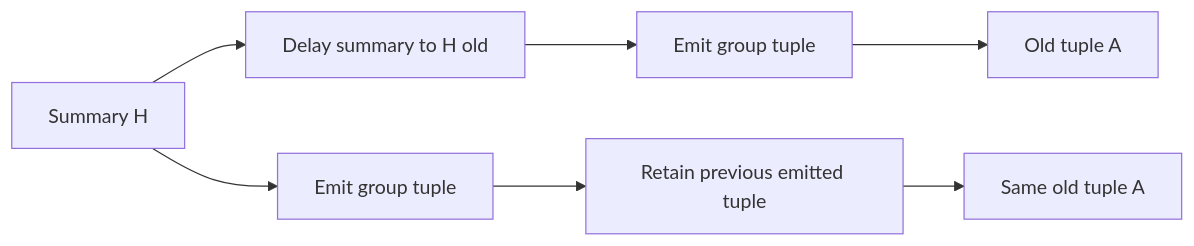
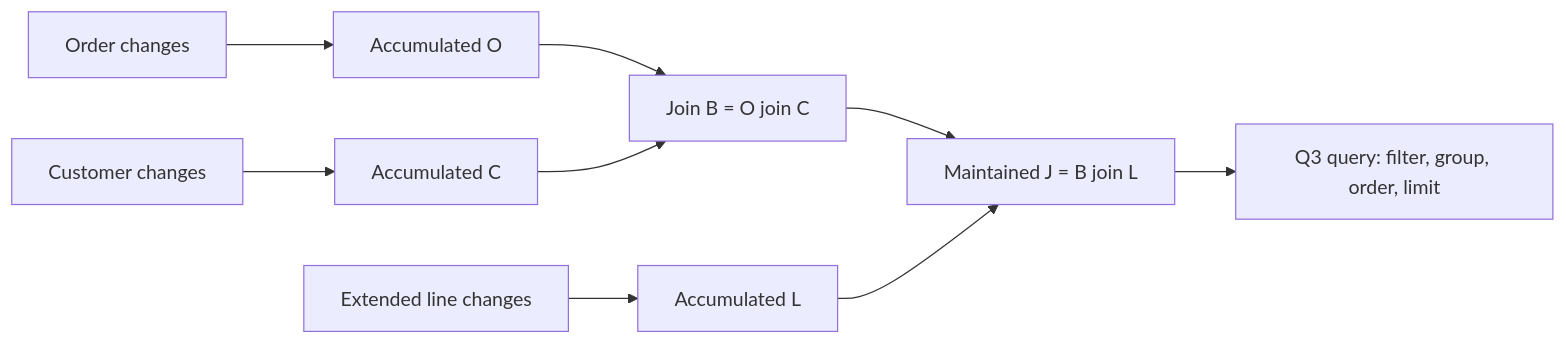
Before and after one commit to alicia-lyu/feldera: the diagram in docs/design/merged-index/support.md, drawn with Mermaid. The commit also changed other lines of this file and 3 other files, not shown here.

````diff
--- a/docs/design/merged-index/support.md
+++ b/docs/design/merged-index/support.md
@@ -610,9 +550,11 @@
 ```mermaid
 flowchart LR
-    H[Summary H] --> ZH[Delay summary to H old]
-    ZH --> E1[Emit group tuple]
-    E1 --> O1[Old tuple A]
-    H --> E2[Emit group tuple]
-    E2 --> ZA[Retain previous emitted tuple]
-    ZA --> O2[Same old tuple A]
+    DO[Order changes] --> O[Accumulated O]
+    DC[Customer changes] --> C[Accumulated C]
+    O --> B[Join B = O join C]
+    C --> B
+    DL[Extended line changes] --> L[Accumulated L]
+    B --> J[Maintained J = B join L]
+    L --> J
+    J --> Q[Q3 query: filter, group, order, limit]
 ```
````
